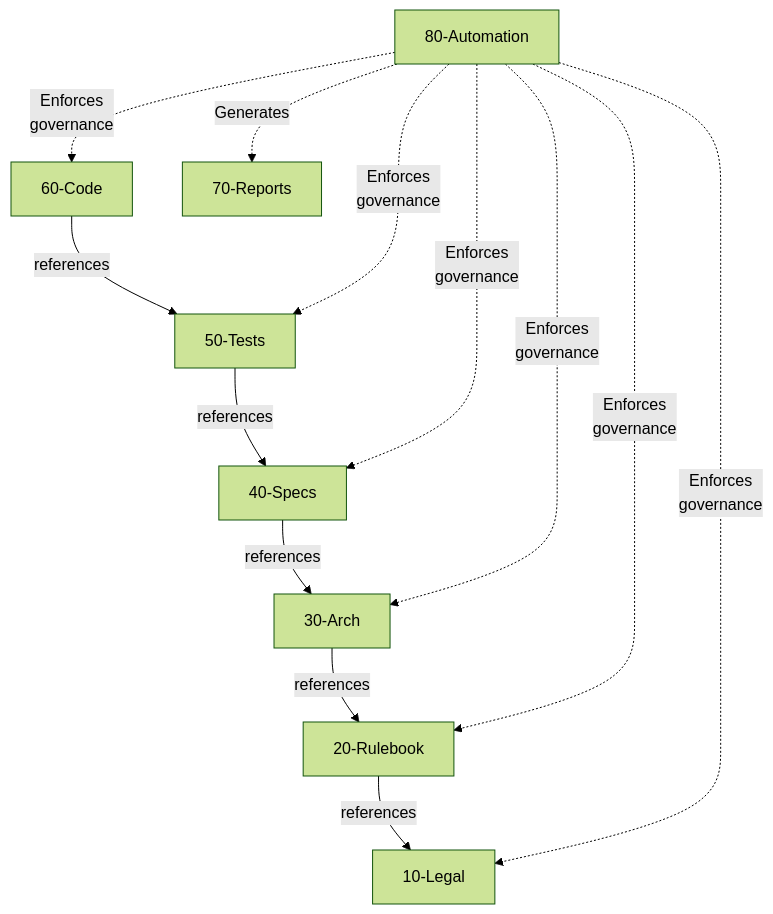
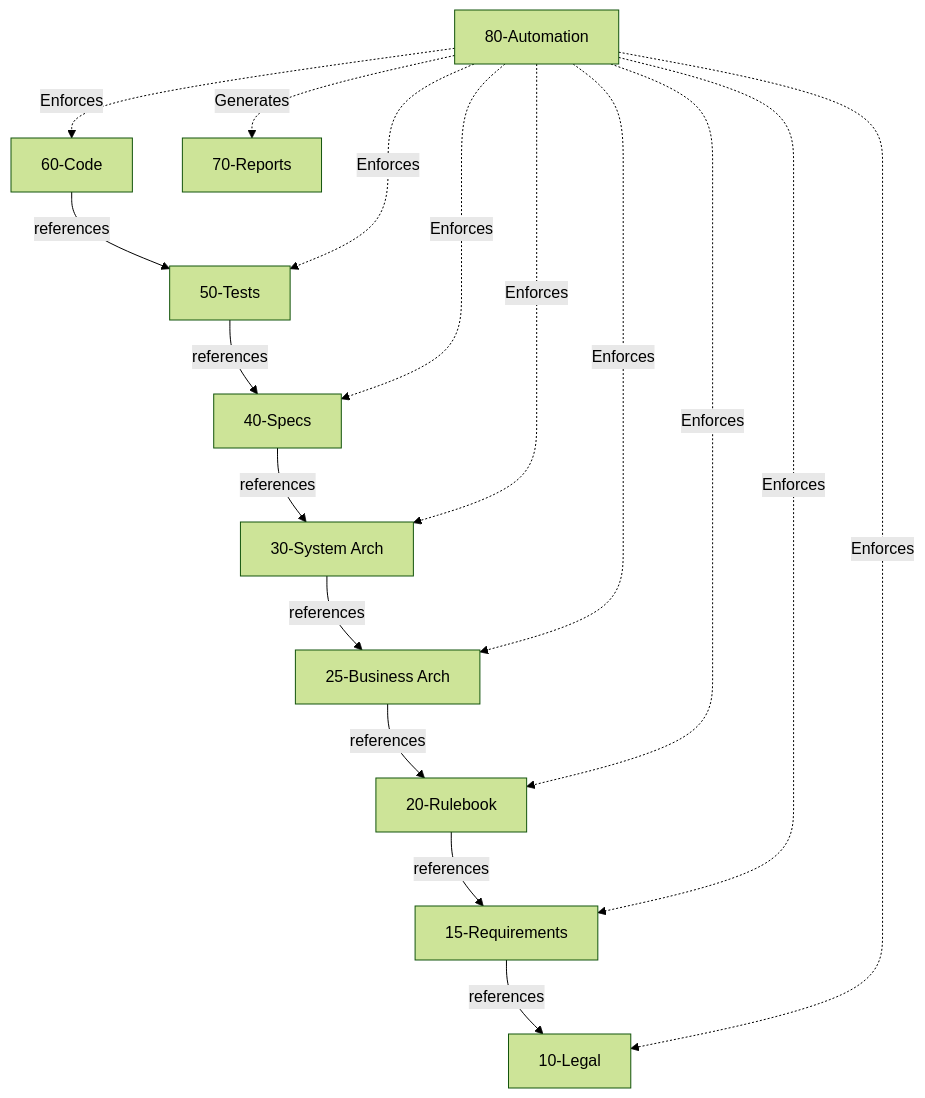
The first of 7 diagrams in elan_intro.md (nnworkspace/presentations), drawn with Mermaid (forest theme) before and after one commit. The commit also changed other lines of this file, not shown here.

````diff
--- a/elan_intro.md
+++ b/elan_intro.md
@@ -133,17 +135,21 @@
 ```mermaid {scale: 0.45}
 graph TD
-    R[20-Rulebook] --> |references| L[10-Legal]
-    A[30-Arch] --> |references| R[20-Rulebook]
-    S[40-Specs] --> |references| A[30-Arch]
-    T[50-Tests] --> |references| S[40-Specs]
-    C[60-Code] --> |references| T[50-Tests]
+    Req[15-Requirements] --> |references| L[10-Legal]
+    R[20-Rulebook] --> |references| Req
+    BA[25-Business Arch] --> |references| R
+    SA[30-System Arch] --> |references| BA
+    S[40-Specs] --> |references| SA
+    T[50-Tests] --> |references| S
+    C[60-Code] --> |references| T
     
-    auth[80-Automation] -.->|Enforces<br>governance| L
-    auth -.->|Enforces<br>governance| R
-    auth -.->|Enforces<br>governance| A
-    auth -.->|Enforces<br>governance| S
-    auth -.->|Enforces<br>governance| T
-    auth -.->|Enforces<br>governance| C
+    auth[80-Automation] -.->|Enforces| L
+    auth -.->|Enforces| Req
+    auth -.->|Enforces| R
+    auth -.->|Enforces| BA
+    auth -.->|Enforces| SA
+    auth -.->|Enforces| S
+    auth -.->|Enforces| T
+    auth -.->|Enforces| C
     auth -.->|Generates| Rep[70-Reports]
     
 ```
````
